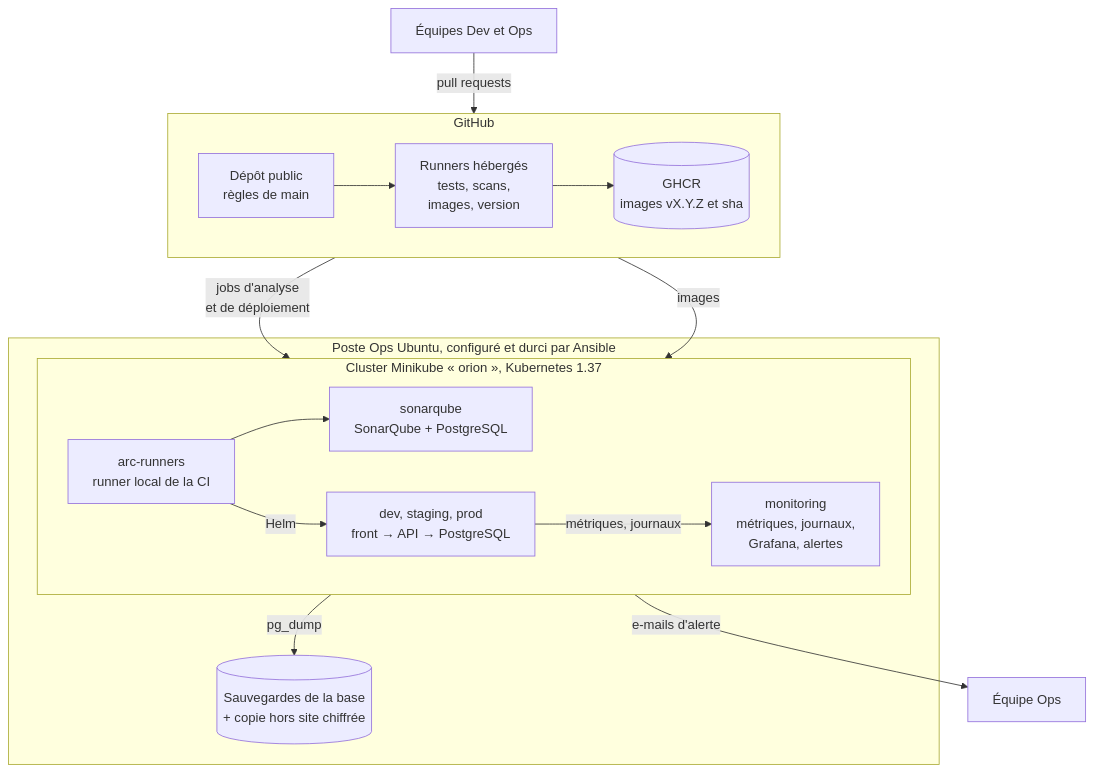
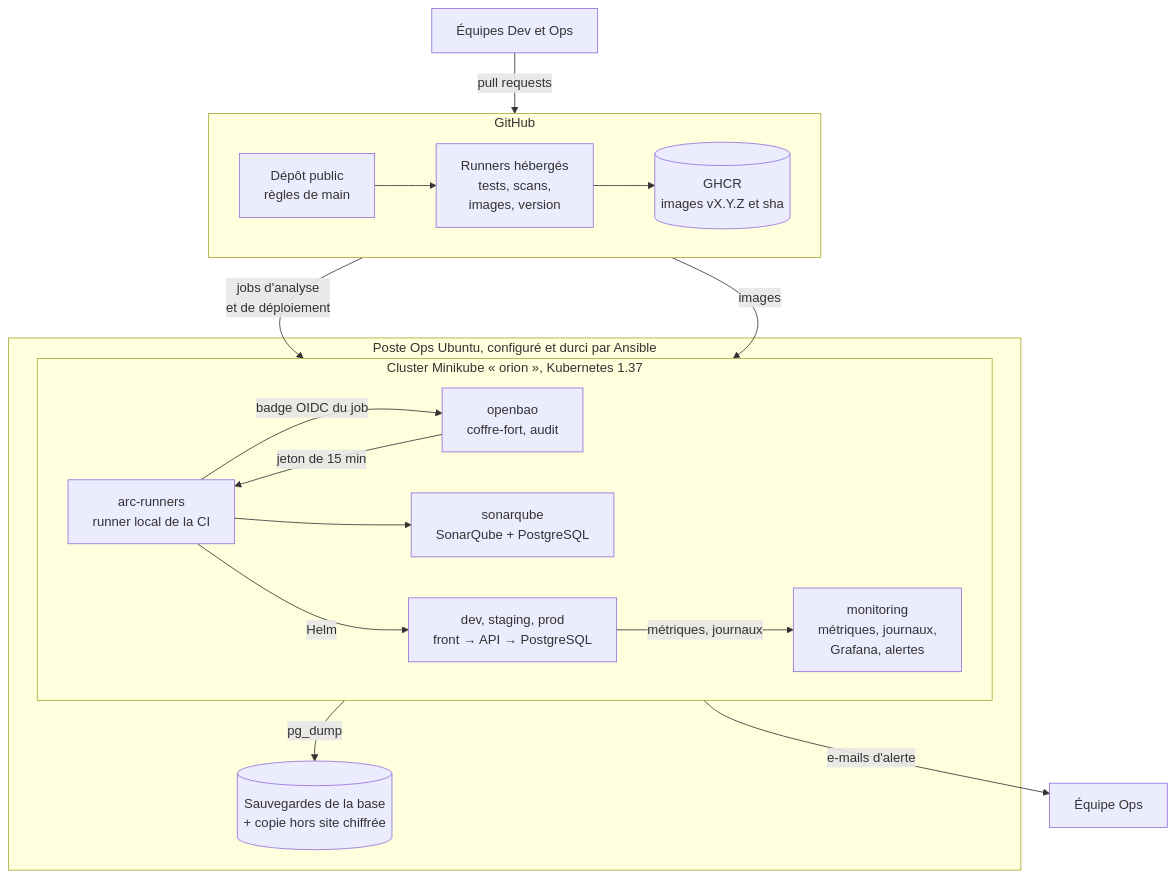
One commit to yohanbouchet/orion changed the second of 5 diagrams in docs/03-documentation-ci-cd.md. Above: the diagram before and after it, drawn with Mermaid. The commit also changed other lines of this file and 2 other files, not shown here.

First line of the commit message:
docs: OpenBao dans l'architecture, l'installation et l'évolution GitOps

````diff
--- a/docs/03-documentation-ci-cd.md
+++ b/docs/03-documentation-ci-cd.md
@@ -335,25 +335,28 @@
 ```mermaid
 flowchart TB
     devs["Équipes Dev et Ops"] -->|"pull requests"| repo
     subgraph gh["GitHub"]
         direction LR
         repo["Dépôt public<br/>règles de main"] --> hosted["Runners hébergés<br/>tests, scans,<br/>images, version"] --> ghcr[("GHCR<br/>images vX.Y.Z et sha")]
     end
     subgraph host["Poste Ops Ubuntu, configuré et durci par Ansible"]
         subgraph mk["Cluster Minikube « orion », Kubernetes 1.37"]
             direction LR
             arc["arc-runners<br/>runner local de la CI"]
+            bao["openbao<br/>coffre-fort, audit"]
             sq["sonarqube<br/>SonarQube + PostgreSQL"]
             envs["dev, staging, prod<br/>front → API → PostgreSQL"]
             mon["monitoring<br/>métriques, journaux,<br/>Grafana, alertes"]
         end
         bk[("Sauvegardes de la base<br/>+ copie hors site chiffrée")]
     end
     repo -->|"jobs d'analyse<br/>et de déploiement"| arc
+    arc -->|"badge OIDC du job"| bao
+    bao -->|"jeton de 15 min"| arc
     arc --> sq
     arc -->|"Helm"| envs
     ghcr -->|"images"| envs
     envs -->|"métriques, journaux"| mon
     envs -->|"pg_dump"| bk
     mon -->|"e-mails d'alerte"| ops["Équipe Ops"]
 ```
````
